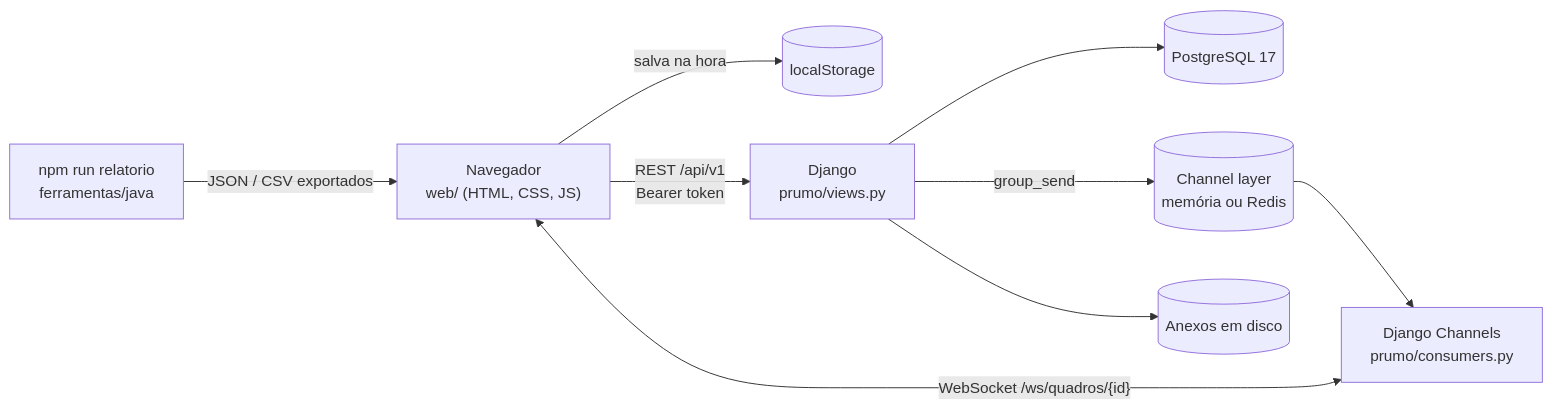
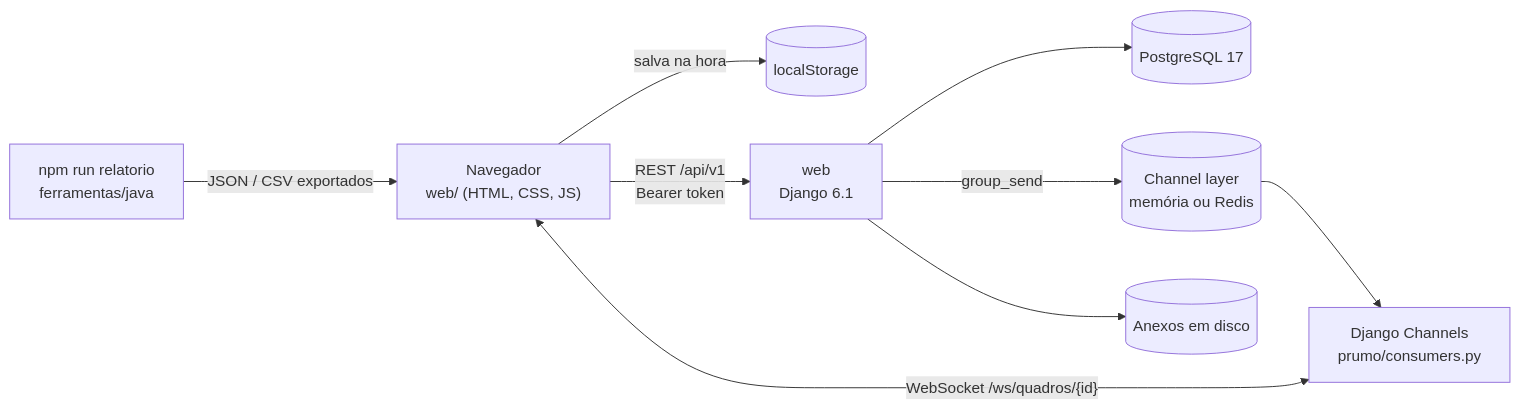
The diagram in README.md (Violet-pixel/Interactive-Kanban-Board), drawn with Mermaid before and after one commit. The commit also changed other lines of this file, not shown here.

````diff
--- a/README.md
+++ b/README.md
@@ -181,11 +94,11 @@
 ```mermaid
 flowchart LR
     UI["Navegador<br/>web/ (HTML, CSS, JS)"] -->|salva na hora| LS[("localStorage")]
-    UI -- "REST /api/v1<br/>Bearer token" --> API["Django<br/>prumo/views.py"]
+    UI -- "REST /api/v1<br/>Bearer token" --> API["web<br/>Django 6.1"]
     UI <-- "WebSocket /ws/quadros/{id}" --> WS["Django Channels<br/>prumo/consumers.py"]
     API --> PG[("PostgreSQL 17")]
     API -- "group_send" --> CL[("Channel layer<br/>memória ou Redis")]
     CL --> WS
     API --> FS[("Anexos em disco")]
     CLI["npm run relatorio<br/>ferramentas/java"] -->|JSON / CSV exportados| UI
 ```
````
